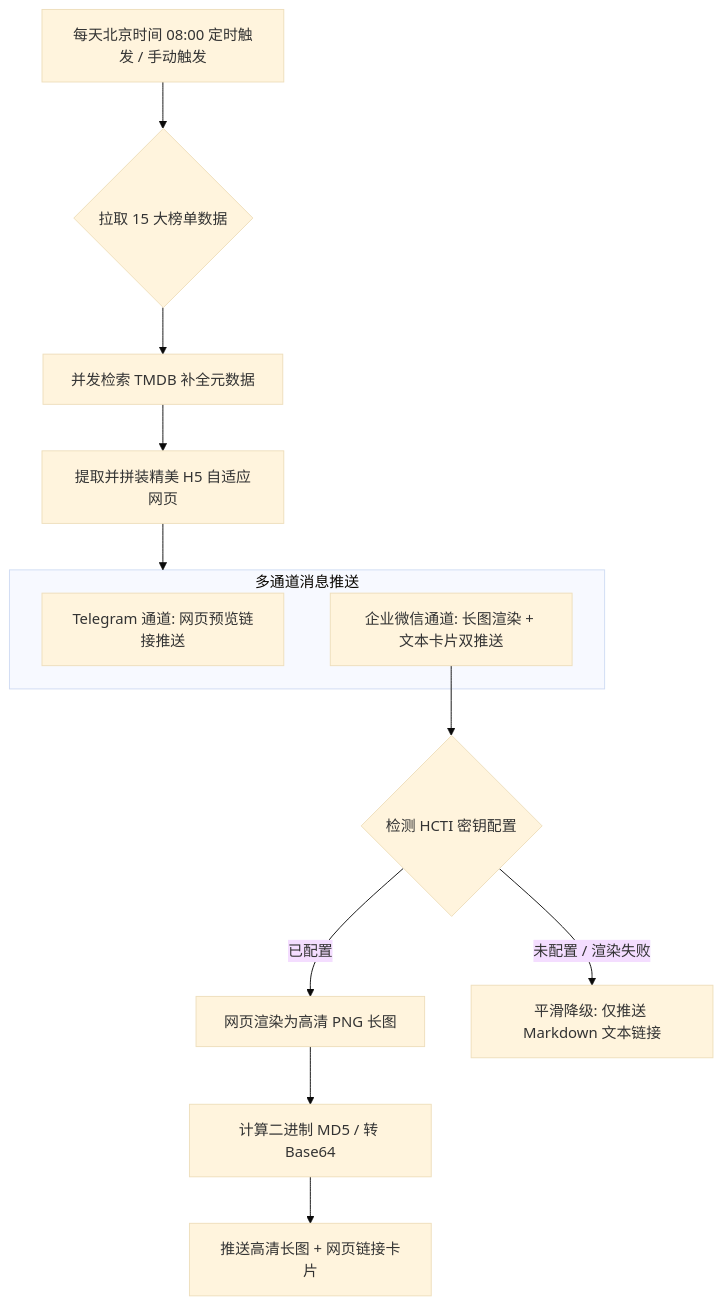
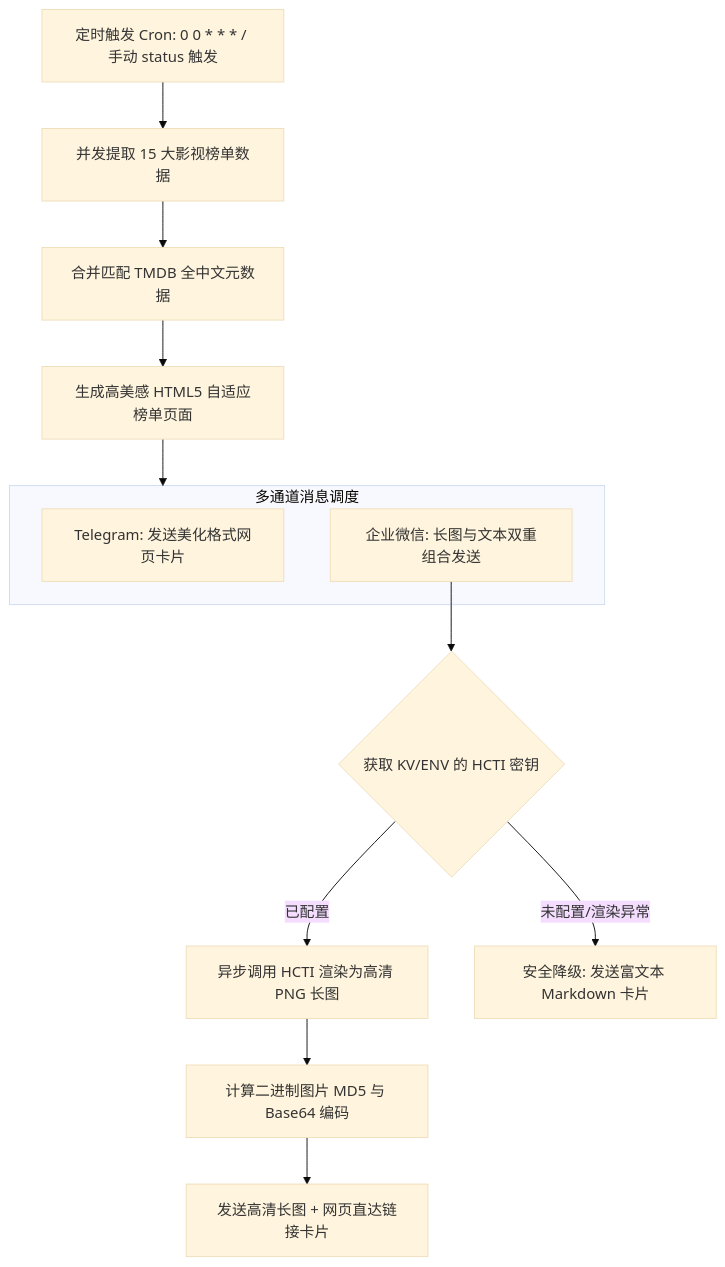
The diagram in README.md (Hqsxjj/rmbd), drawn with Mermaid (base theme) before and after one commit. The commit also changed other lines of this file and 1 other file, not shown here.

````diff
--- a/README.md
+++ b/README.md
@@ -36,19 +47,19 @@
 ```mermaid
 graph TD
-    A[每天北京时间 08:00 定时触发 / 手动触发] --> B{拉取 15 大榜单数据}
-    B --> C[并发检索 TMDB 补全元数据]
-    C --> D[提取并拼装精美 H5 自适应网页]
-    D --> E[多通道消息推送]
+    A[定时触发 Cron: 0 0 * * * / 手动 status 触发] --> B[并发提取 15 大影视榜单数据]
+    B --> C[合并匹配 TMDB 全中文元数据]
+    C --> D[生成高美感 HTML5 自适应榜单页面]
+    D --> E[合并多通道消息调度]
     
-    subgraph E [多通道消息推送]
-        E1[Telegram 通道: 网页预览链接推送]
-        E2[企业微信通道: 长图渲染 + 文本卡片双推送]
+    subgraph E [多通道消息调度]
+        E1[Telegram: 发送美化格式网页卡片]
+        E2[企业微信: 长图与文本双重组合发送]
     end
     
-    E2 --> F{检测 HCTI 密钥配置}
-    F -- 已配置 --> G[网页渲染为高清 PNG 长图]
-    G --> H[计算二进制 MD5 / 转 Base64]
-    H --> I[推送高清长图 + 网页链接卡片]
+    E2 --> F{获取 KV/ENV 的 HCTI 密钥}
+    F -- 已配置 --> G[异步调用 HCTI 渲染为高清 PNG 长图]
+    G --> H[计算二进制图片 MD5 与 Base64 编码]
+    H --> I[发送高清长图 + 网页直达链接卡片]
     
-    F -- 未配置 / 渲染失败 --> J[平滑降级: 仅推送 Markdown 文本链接]
+    F -- 未配置/渲染异常 --> J[安全降级: 发送富文本 Markdown 卡片]
 ```
````
